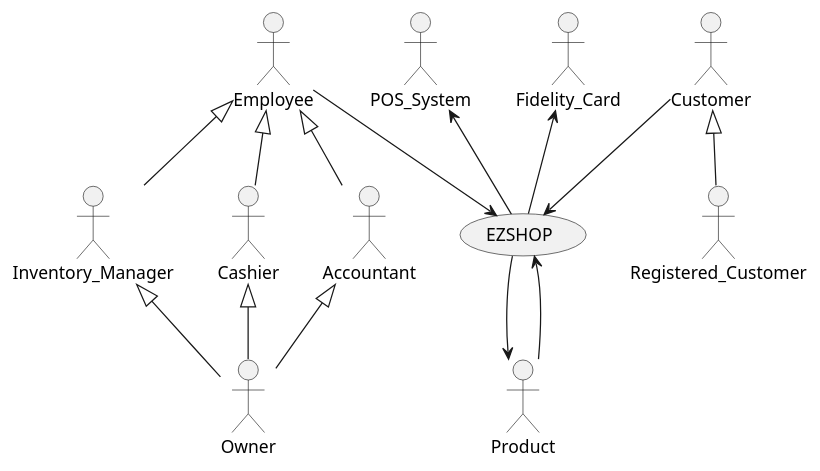
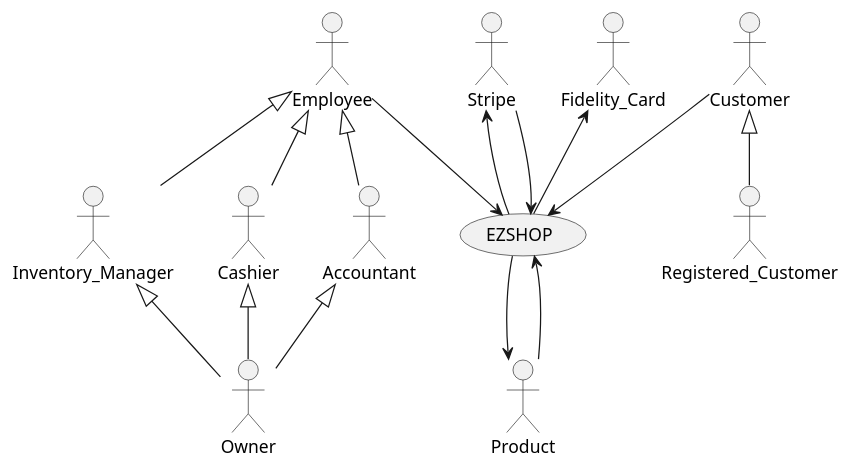
One commit to paolotron/EzshoProject31 changed the first of 9 diagrams in Deliverables/RequirementsDocument.md. Above: the diagram before and after it, drawn with PlantUML.

Commit message:
POS_System -> Stripe

````diff
--- a/Deliverables/RequirementsDocument.md
+++ b/Deliverables/RequirementsDocument.md
@@ -60,19 +60,20 @@
 ```plantuml
 @startuml
 actor Owner
 
 Employee <|-- Inventory_Manager
 Employee <|-- Cashier
 Employee <|-- Accountant
 Inventory_Manager <|-- Owner
 Cashier <|-- Owner
 Accountant <|-- Owner 
 Employee --> (EZSHOP)
 (EZSHOP) --> Product
 (EZSHOP) <-- Product
 Customer <|-- Registered_Customer
 Customer --> (EZSHOP)
-POS_System <-- (EZSHOP)
+Stripe <-- (EZSHOP)
+Stripe --> (EZSHOP)
 Fidelity_Card <-- (EZSHOP)
 @enduml
 ```
````
